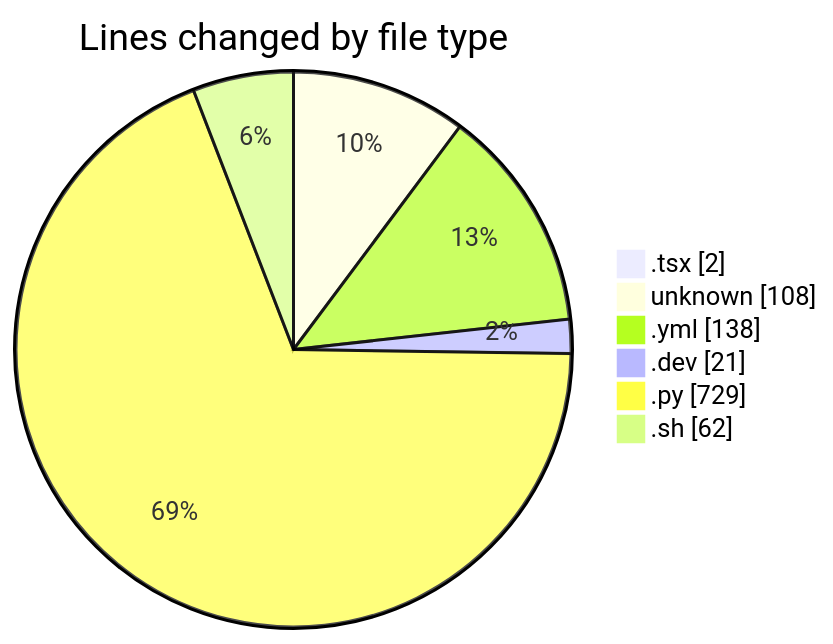
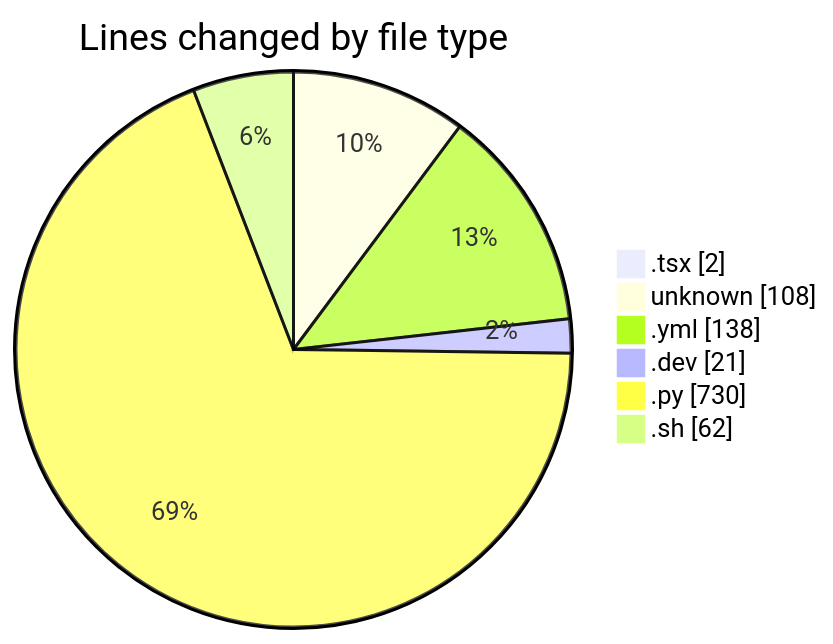
Before and after one commit to Elitesun/code-tracking: the first of 2 diagrams in 2025-05-18/niten/README.md, drawn with Mermaid. The commit also changed other lines of this file and 1 other file, not shown here.

````diff
--- a/2025-05-18/niten/README.md
+++ b/2025-05-18/niten/README.md
@@ -27,10 +27,10 @@
 ```mermaid
 pie showData
 title Lines changed by file type
 ".tsx" : 2
 "unknown" : 108
 ".yml" : 138
 ".dev" : 21
-".py" : 729
+".py" : 730
 ".sh" : 62
 ```
````
